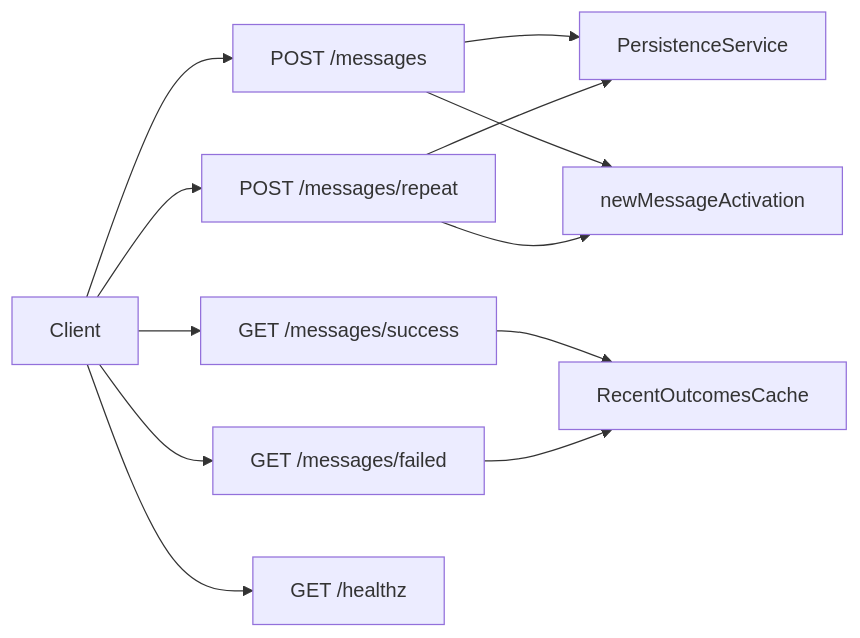
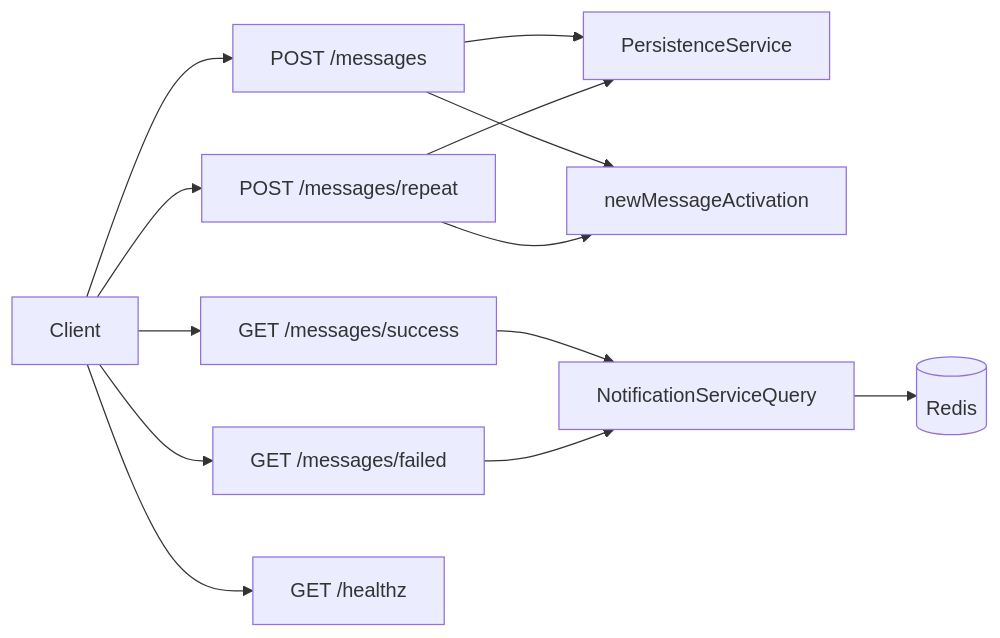
The diagram in plans/REST_API.md (nitzanshinnies/nitzan_shinnies_inspectio_exercise), drawn with Mermaid before and after one commit. The commit also changed other lines of this file and 6 other files, not shown here.

First line of the commit message:
Architecture: Redis container for outcomes hot cache

````diff
--- a/plans/REST_API.md
+++ b/plans/REST_API.md
@@ -182,16 +182,17 @@
 ```mermaid
 flowchart LR
   Client[Client] --> PostMsg[POST /messages]
   Client --> Repeat[POST /messages/repeat]
   Client --> GetSuccess[GET /messages/success]
   Client --> GetFailed[GET /messages/failed]
   Client --> Health[GET /healthz]
 
   PostMsg --> Persist[PersistenceService]
   PostMsg --> Activate[newMessageActivation]
   Repeat --> Persist
   Repeat --> Activate
 
-  GetSuccess --> Cache[RecentOutcomesCache]
-  GetFailed --> Cache
+  GetSuccess --> NotifyQ[NotificationServiceQuery]
+  GetFailed --> NotifyQ
+  NotifyQ --> Redis[(Redis)]
 ```
````
